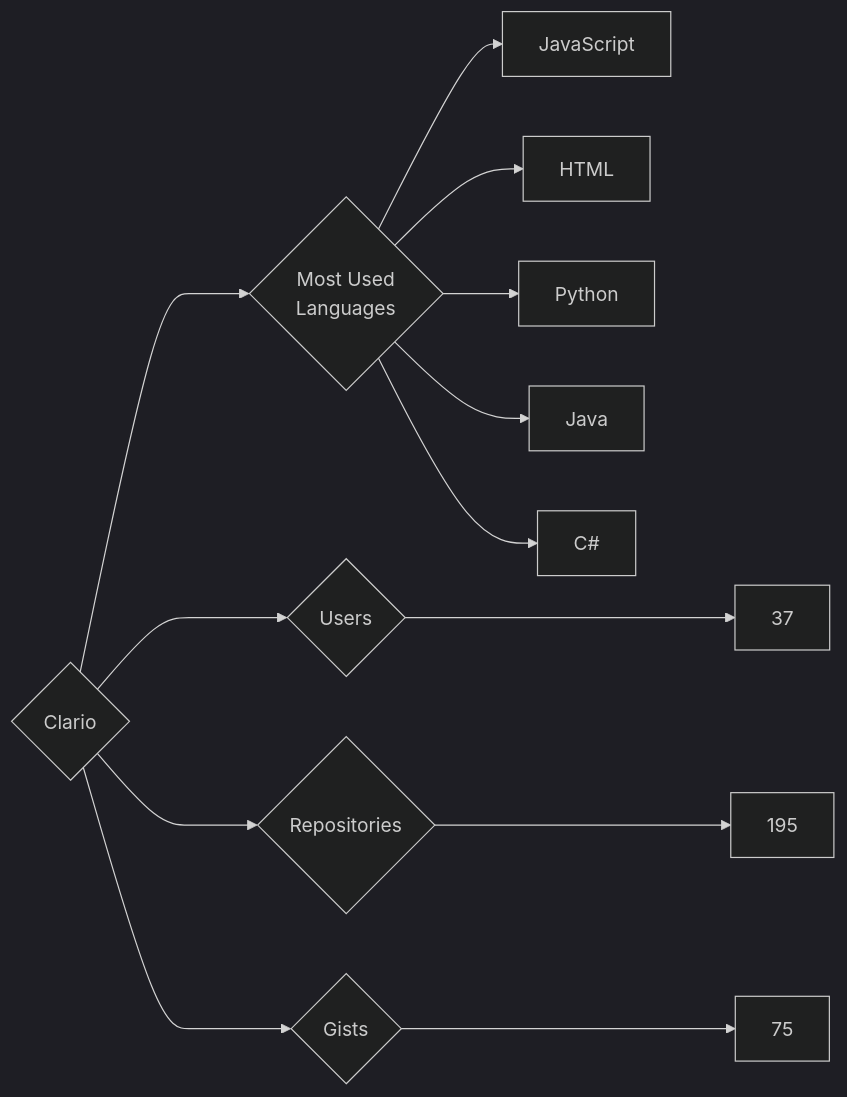
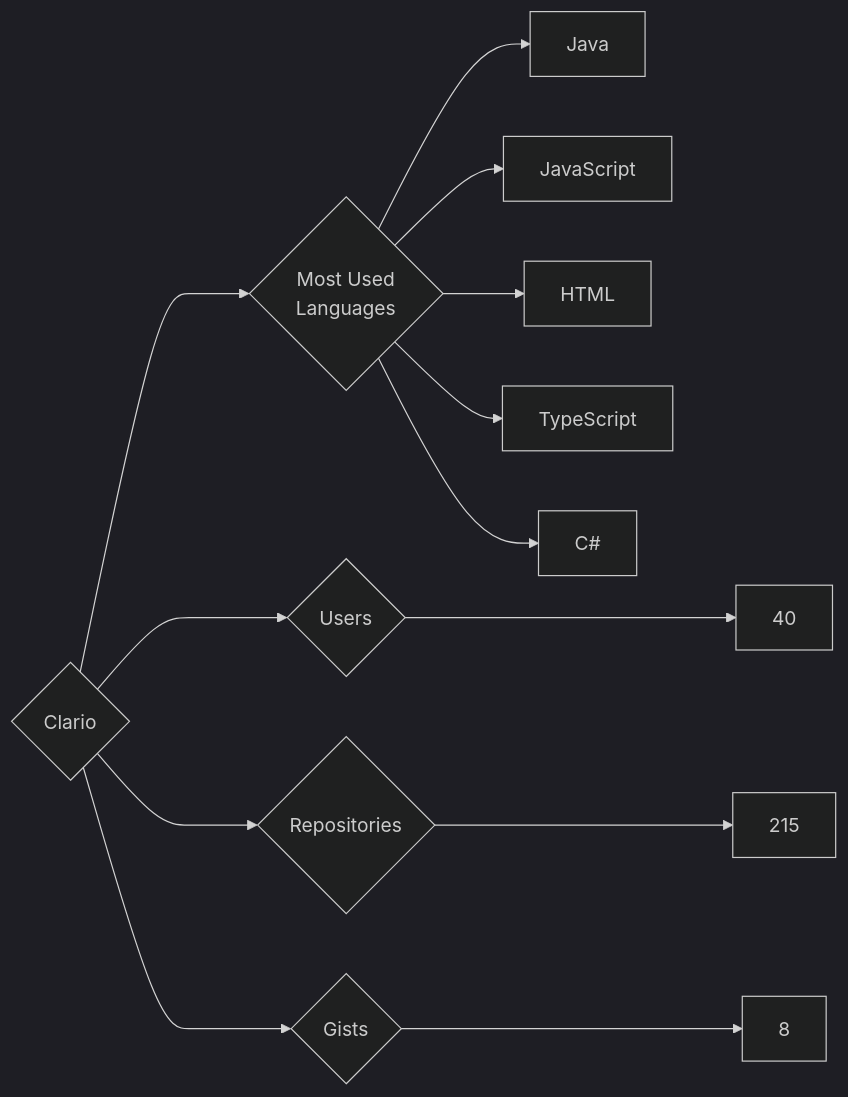
The diagram in targets/Clario/README.md (trickest/insiders), drawn with Mermaid (dark theme) before and after one commit. The commit also changed 984 other files, not shown here.

````diff
--- a/targets/Clario/README.md
+++ b/targets/Clario/README.md
@@ -3,13 +3,13 @@
 ```mermaid
 graph LR
 COMPANY_NAME{Clario}
-COMPANY_NAME ---> U{Users} ---> UN[37]
-COMPANY_NAME ---> R{Repositories} ---> RN[195]
-COMPANY_NAME ---> G{Gists} ---> GN[75]
+COMPANY_NAME ---> U{Users} ---> UN[40]
+COMPANY_NAME ---> R{Repositories} ---> RN[215]
+COMPANY_NAME ---> G{Gists} ---> GN[8]
 COMPANY_NAME ---> ML{Most Used<br>Languages}
+ML --> Java[Java]
 ML --> JavaScript[JavaScript]
 ML --> HTML[HTML]
-ML --> Python[Python]
-ML --> Java[Java]
+ML --> TypeScript[TypeScript]
 ML --> C#[C#]
 ```
````
